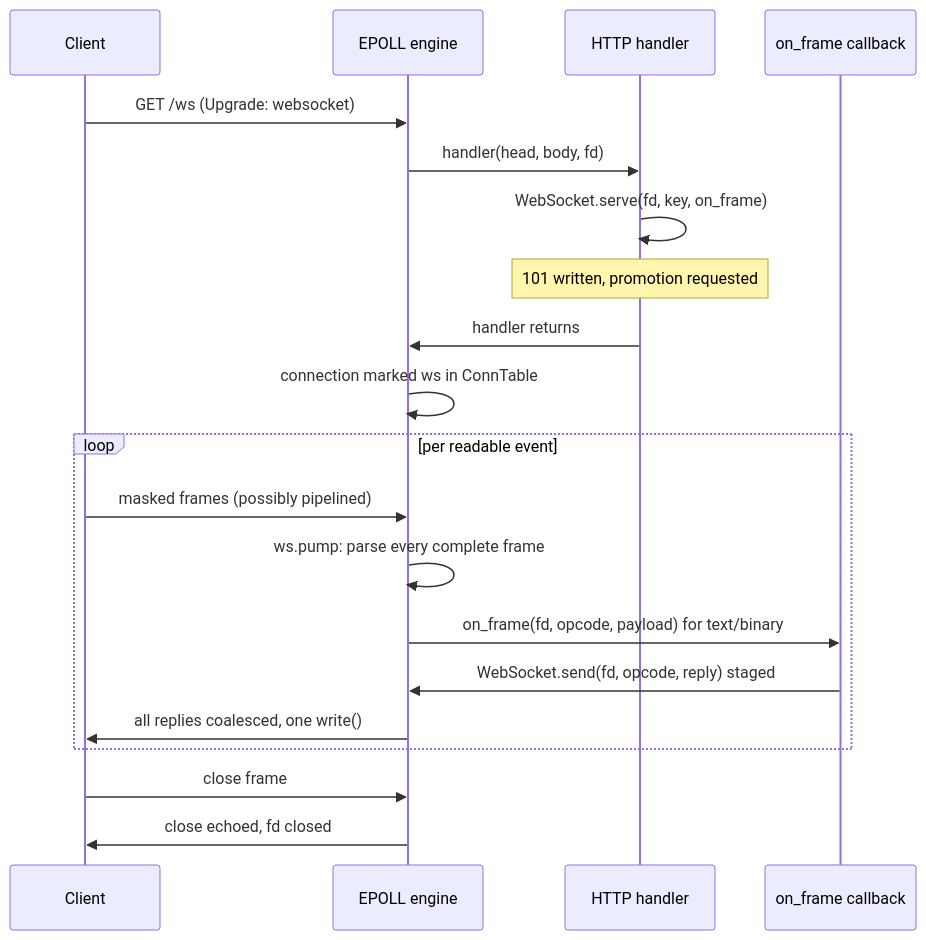
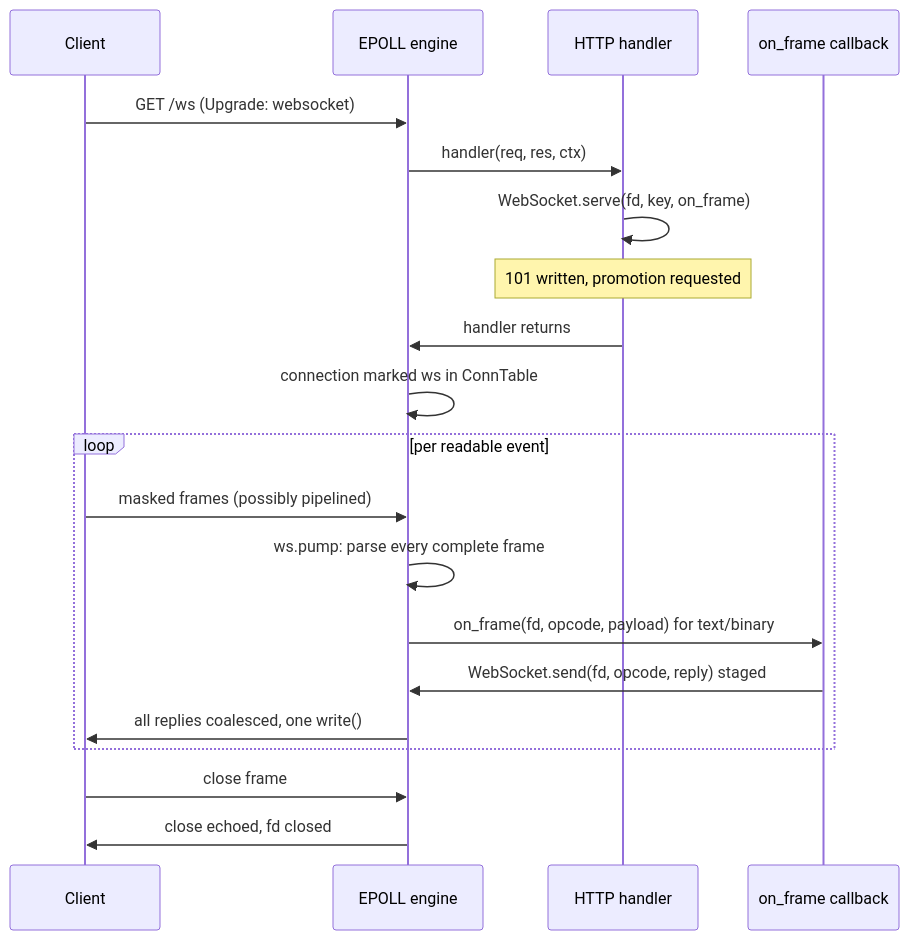
The sixth of 6 diagrams in docs/hld-http1-en.md (prothegee/zix), drawn with Mermaid before and after one commit. The commit also changed other lines of this file and 1 other file, not shown here.

````diff
--- a/docs/hld-http1-en.md
+++ b/docs/hld-http1-en.md
@@ -367,25 +381,25 @@
 ```mermaid
 sequenceDiagram
     participant C as Client
     participant E as EPOLL engine
     participant H as HTTP handler
     participant F as on_frame callback
 
     C->>E: GET /ws (Upgrade: websocket)
-    E->>H: handler(head, body, fd)
+    E->>H: handler(req, res, ctx)
     H->>H: WebSocket.serve(fd, key, on_frame)
     Note over H: 101 written, promotion requested
     H->>E: handler returns
     E->>E: connection marked ws in ConnTable
 
     loop per readable event
         C->>E: masked frames (possibly pipelined)
         E->>E: ws.pump: parse every complete frame
         E->>F: on_frame(fd, opcode, payload) for text/binary
         F->>E: WebSocket.send(fd, opcode, reply) staged
         E->>C: all replies coalesced, one write()
     end
 
     C->>E: close frame
     E->>C: close echoed, fd closed
 ```
````
